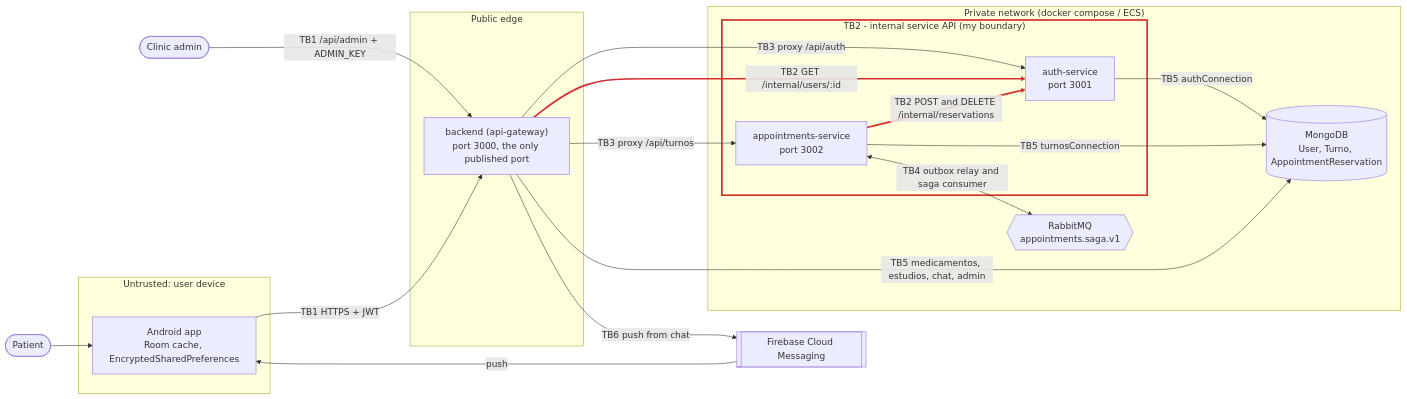
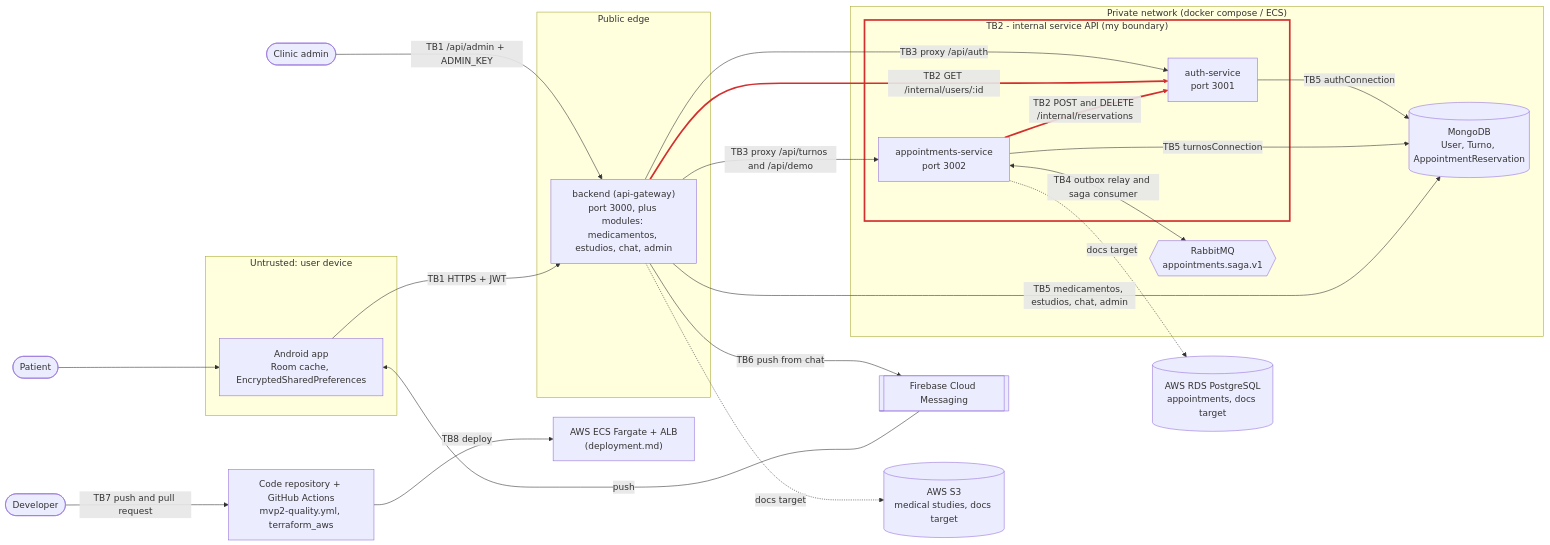
One commit to SebastianBermudezGutierrez/sistemas-distribuidos-2026-b-g2 changed the diagram in 13-week/workshop/01-attack-surface.md. Above: the diagram before and after it, drawn with Mermaid. The commit also changed other lines of this file, not shown here.

Commit message:
docs(w13): map attack surface and trust boundaries.

````diff
--- a/13-week/workshop/01-attack-surface.md
+++ b/13-week/workshop/01-attack-surface.md
@@ -10,37 +10,46 @@
 ```mermaid
 flowchart LR
     patient([Patient])
     admin([Clinic admin])
+    dev([Developer])
     subgraph device["Untrusted: user device"]
         app["Android app<br/>Room cache, EncryptedSharedPreferences"]
     end
     subgraph edge["Public edge"]
-        gw["backend (api-gateway)<br/>port 3000, the only published port"]
+        gw["backend (api-gateway)<br/>port 3000, plus modules: medicamentos, estudios, chat, admin"]
     end
     subgraph private["Private network (docker compose / ECS)"]
         subgraph tb2["TB2 - internal service API (my boundary)"]
             auth["auth-service<br/>port 3001"]
             appt["appointments-service<br/>port 3002"]
         end
         mq{{"RabbitMQ<br/>appointments.saga.v1"}}
         db[("MongoDB<br/>User, Turno, AppointmentReservation")]
     end
     fcm[["Firebase Cloud Messaging"]]
+    repo["Code repository + GitHub Actions<br/>mvp2-quality.yml, terraform_aws"]
+    aws["AWS ECS Fargate + ALB<br/>(deployment.md)"]
+    rds[("AWS RDS PostgreSQL<br/>appointments, docs target")]
+    s3[("AWS S3<br/>medical studies, docs target")]
 
     patient --> app
     admin -->|"TB1 /api/admin + ADMIN_KEY"| gw
     app -->|"TB1 HTTPS + JWT"| gw
     gw -->|"TB3 proxy /api/auth"| auth
-    gw -->|"TB3 proxy /api/turnos"| appt
+    gw -->|"TB3 proxy /api/turnos and /api/demo"| appt
     gw ==>|"TB2 GET /internal/users/:id"| auth
     appt ==>|"TB2 POST and DELETE /internal/reservations"| auth
     appt <-->|"TB4 outbox relay and saga consumer"| mq
     auth -->|"TB5 authConnection"| db
     appt -->|"TB5 turnosConnection"| db
     gw -->|"TB5 medicamentos, estudios, chat, admin"| db
     gw -->|"TB6 push from chat"| fcm
     fcm -->|"push"| app
+    dev -->|"TB7 push and pull request"| repo
+    repo -->|"TB8 deploy"| aws
+    appt -.->|"docs target"| rds
+    gw -.->|"docs target"| s3
 
     linkStyle 5,6 stroke:#d32f2f,stroke-width:3px
     style tb2 stroke:#d32f2f,stroke-width:3px
 ```
````
